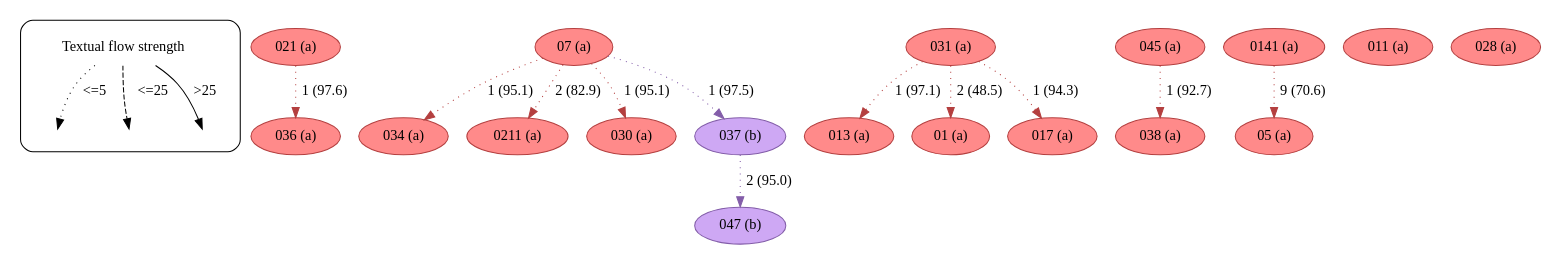
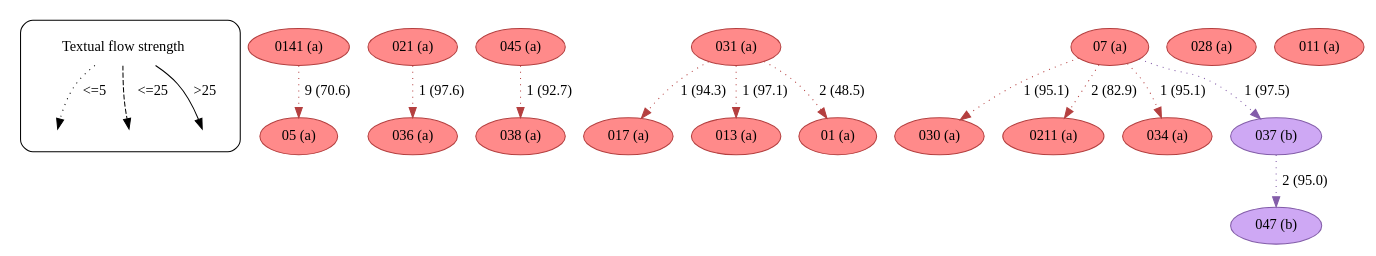
The diagram in example/c499/textual_flow_22_46_c499.dot (edmondac/CBGM), drawn with Graphviz before and after one commit. The commit also changed other lines of this file and 163 other files, not shown here.

```diff
--- a/example/c499/textual_flow_22_46_c499.dot
+++ b/example/c499/textual_flow_22_46_c499.dot
@@ -1,131 +1,131 @@
 strict digraph  {
 	node [label="\N"];
 	subgraph cluster_legend {
 		graph [style=rounded];
 		leg_s		 [label="Textual flow strength",
 			shape=plaintext];
 		leg_e1		 [fixedsize=True,
 			height=0.2,
 			label="",
 			style=invis];
 		leg_s -> leg_e1		 [label="<=5  ",
 			style=dotted];
 		leg_e2		 [fixedsize=True,
 			height=0.2,
 			label="",
 			style=invis];
 		leg_s -> leg_e2		 [label="  <=25",
 			style=dashed];
 		leg_e3		 [fixedsize=True,
 			height=0.2,
 			label="",
 			style=invis];
 		leg_s -> leg_e3		 [label=">25",
 			style=solid];
 	}
+	0141	 [color="#b43f3f",
+		fillcolor="#FF8A8A",
+		label="0141 (a)",
+		style=filled];
+	05	 [color="#b43f3f",
+		fillcolor="#FF8A8A",
+		label="05 (a)",
+		style=filled];
+	0141 -> 05	 [color="#b43f3f",
+		label="9 (70.6)",
+		style=dotted];
 	021	 [color="#b43f3f",
 		fillcolor="#FF8A8A",
 		label="021 (a)",
 		style=filled];
 	036	 [color="#b43f3f",
 		fillcolor="#FF8A8A",
 		label="036 (a)",
 		style=filled];
 	021 -> 036	 [color="#b43f3f",
 		label="1 (97.6)",
 		style=dotted];
-	07	 [color="#b43f3f",
+	045	 [color="#b43f3f",
 		fillcolor="#FF8A8A",
-		label="07 (a)",
+		label="045 (a)",
 		style=filled];
-	034	 [color="#b43f3f",
+	038	 [color="#b43f3f",
 		fillcolor="#FF8A8A",
-		label="034 (a)",
+		label="038 (a)",
 		style=filled];
-	07 -> 034	 [color="#b43f3f",
-		label="1 (95.1)",
-		style=dotted];
-	0211	 [color="#b43f3f",
-		fillcolor="#FF8A8A",
-		label="0211 (a)",
-		style=filled];
-	07 -> 0211	 [color="#b43f3f",
-		label="2 (82.9)",
-		style=dotted];
-	030	 [color="#b43f3f",
-		fillcolor="#FF8A8A",
-		label="030 (a)",
-		style=filled];
-	07 -> 030	 [color="#b43f3f",
-		label="1 (95.1)",
-		style=dotted];
-	037	 [color="#835da9",
-		fillcolor="#CEA8F4",
-		label="037 (b)",
-		style=filled];
-	07 -> 037	 [color="#835da9",
-		label="1 (97.5)",
+	045 -> 038	 [color="#b43f3f",
+		label="1 (92.7)",
 		style=dotted];
 	031	 [color="#b43f3f",
 		fillcolor="#FF8A8A",
 		label="031 (a)",
 		style=filled];
+	017	 [color="#b43f3f",
+		fillcolor="#FF8A8A",
+		label="017 (a)",
+		style=filled];
+	031 -> 017	 [color="#b43f3f",
+		label="1 (94.3)",
+		style=dotted];
 	013	 [color="#b43f3f",
 		fillcolor="#FF8A8A",
 		label="013 (a)",
 		style=filled];
 	031 -> 013	 [color="#b43f3f",
 		label="1 (97.1)",
 		style=dotted];
 	01	 [color="#b43f3f",
 		fillcolor="#FF8A8A",
 		label="01 (a)",
 		style=filled];
 	031 -> 01	 [color="#b43f3f",
 		label="2 (48.5)",
 		style=dotted];
-	017	 [color="#b43f3f",
+	07	 [color="#b43f3f",
 		fillcolor="#FF8A8A",
-		label="017 (a)",
+		label="07 (a)",
 		style=filled];
-	031 -> 017	 [color="#b43f3f",
-		label="1 (94.3)",
+	030	 [color="#b43f3f",
+		fillcolor="#FF8A8A",
+		label="030 (a)",
+		style=filled];
+	07 -> 030	 [color="#b43f3f",
+		label="1 (95.1)",
 		style=dotted];
-	045	 [color="#b43f3f",
+	0211	 [color="#b43f3f",
 		fillcolor="#FF8A8A",
-		label="045 (a)",
+		label="0211 (a)",
 		style=filled];
-	038	 [color="#b43f3f",
+	07 -> 0211	 [color="#b43f3f",
+		label="2 (82.9)",
+		style=dotted];
+	034	 [color="#b43f3f",
 		fillcolor="#FF8A8A",
-		label="038 (a)",
+		label="034 (a)",
 		style=filled];
-	045 -> 038	 [color="#b43f3f",
-		label="1 (92.7)",
+	07 -> 034	 [color="#b43f3f",
+		label="1 (95.1)",
 		style=dotted];
-	0141	 [color="#b43f3f",
-		fillcolor="#FF8A8A",
-		label="0141 (a)",
+	037	 [color="#835da9",
+		fillcolor="#CEA8F4",
+		label="037 (b)",
 		style=filled];
-	05	 [color="#b43f3f",
-		fillcolor="#FF8A8A",
-		label="05 (a)",
-		style=filled];
-	0141 -> 05	 [color="#b43f3f",
-		label="9 (70.6)",
+	07 -> 037	 [color="#835da9",
+		label="1 (97.5)",
 		style=dotted];
 	047	 [color="#835da9",
 		fillcolor="#CEA8F4",
 		label="047 (b)",
 		style=filled];
 	037 -> 047	 [color="#835da9",
 		label="2 (95.0)",
 		style=dotted];
+	028	 [color="#b43f3f",
+		fillcolor="#FF8A8A",
+		label="028 (a)",
+		style=filled];
 	011	 [color="#b43f3f",
 		fillcolor="#FF8A8A",
 		label="011 (a)",
 		style=filled];
-	028	 [color="#b43f3f",
-		fillcolor="#FF8A8A",
-		label="028 (a)",
-		style=filled];
 }
```
